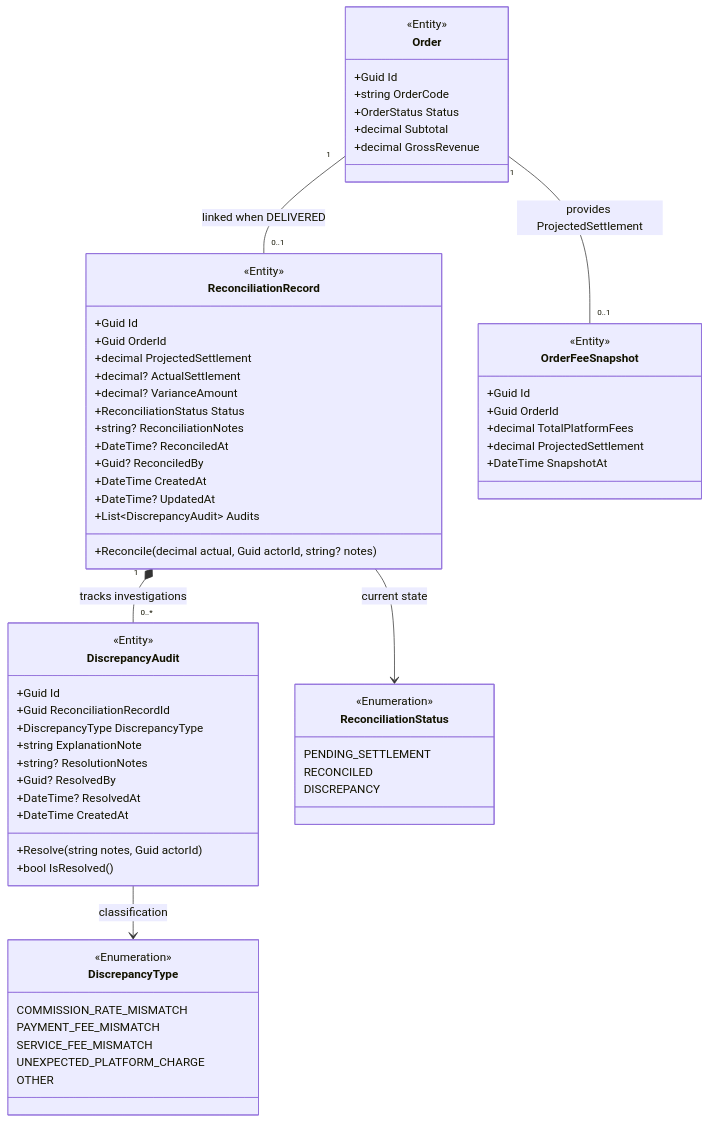
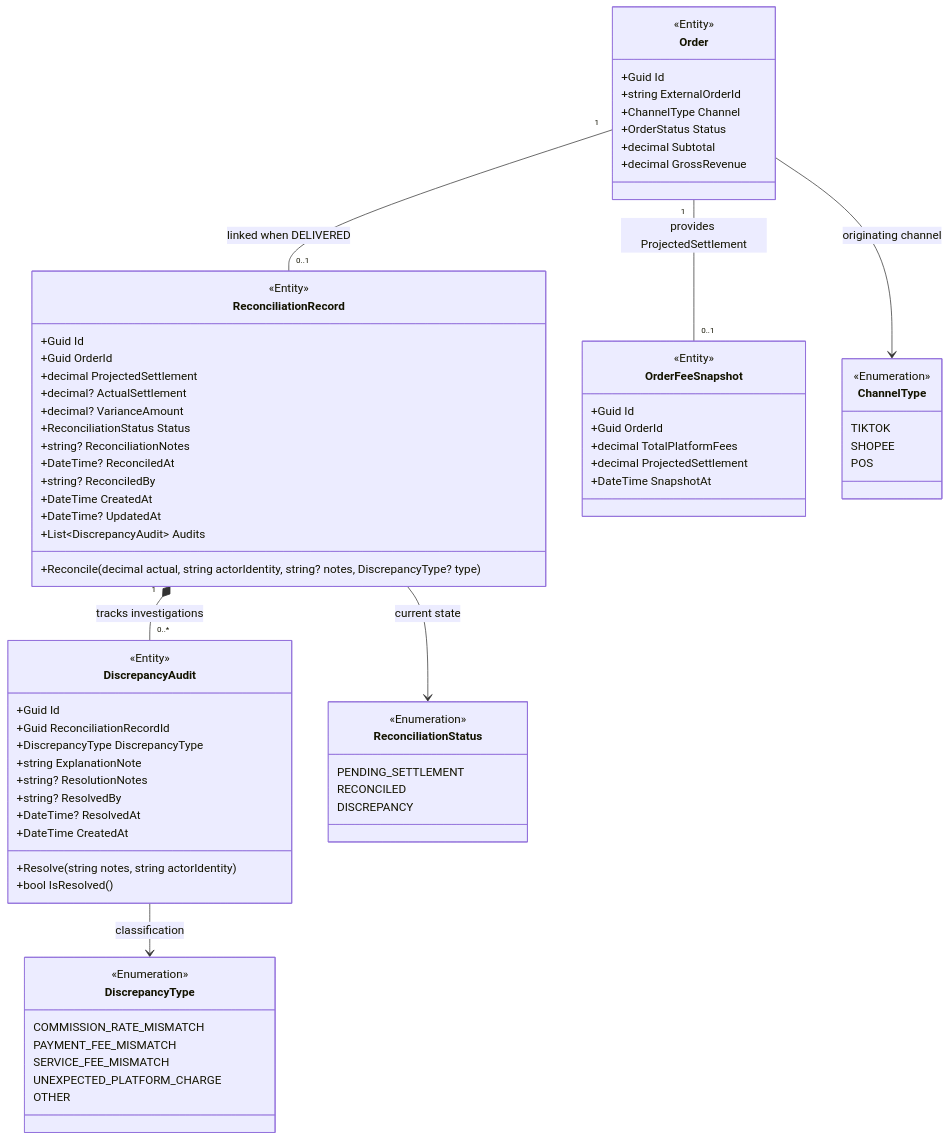
Before and after one commit to duchoa0405/Quanly_DoanhThu_LoiNhuan_DangDucHoa_VSF: the third of 3 diagrams in docs/architecture/class_diagram_settlement_discrepancy_en.md, drawn with Mermaid. The commit also changed other lines of this file and 5 other files, not shown here.

Commit message:
docs: align class diagrams with canonical contracts

````diff
--- a/docs/architecture/class_diagram_settlement_discrepancy_en.md
+++ b/docs/architecture/class_diagram_settlement_discrepancy_en.md
@@ -346,11 +353,11 @@
         +ReconciliationStatus Status
         +string? ReconciliationNotes
         +DateTime? ReconciledAt
-        +Guid? ReconciledBy
+        +string? ReconciledBy
         +DateTime CreatedAt
         +DateTime? UpdatedAt
         +List~DiscrepancyAudit~ Audits
-        +Reconcile(decimal actual, Guid actorId, string? notes)
+        +Reconcile(decimal actual, string actorIdentity, string? notes, DiscrepancyType? type)
     }
 
     class DiscrepancyAudit {
@@ -360,17 +367,18 @@
         +DiscrepancyType DiscrepancyType
         +string ExplanationNote
         +string? ResolutionNotes
-        +Guid? ResolvedBy
+        +string? ResolvedBy
         +DateTime? ResolvedAt
         +DateTime CreatedAt
-        +Resolve(string notes, Guid actorId)
+        +Resolve(string notes, string actorIdentity)
         +bool IsResolved()
     }
 
     class Order {
         <<Entity>>
         +Guid Id
-        +string OrderCode
+        +string ExternalOrderId
+        +ChannelType Channel
         +OrderStatus Status
         +decimal Subtotal
         +decimal GrossRevenue
@@ -402,10 +410,18 @@
         OTHER
     }
 
+    class ChannelType {
+        <<Enumeration>>
+        TIKTOK
+        SHOPEE
+        POS
+    }
+
     %% Cardinality & Relationships
     Order "1" -- "0..1" ReconciliationRecord : linked when DELIVERED
     Order "1" -- "0..1" OrderFeeSnapshot : provides ProjectedSettlement
     ReconciliationRecord "1" *-- "0..*" DiscrepancyAudit : tracks investigations
     ReconciliationRecord --> ReconciliationStatus : current state
     DiscrepancyAudit --> DiscrepancyType : classification
+    Order --> ChannelType : originating channel
 ```
````
